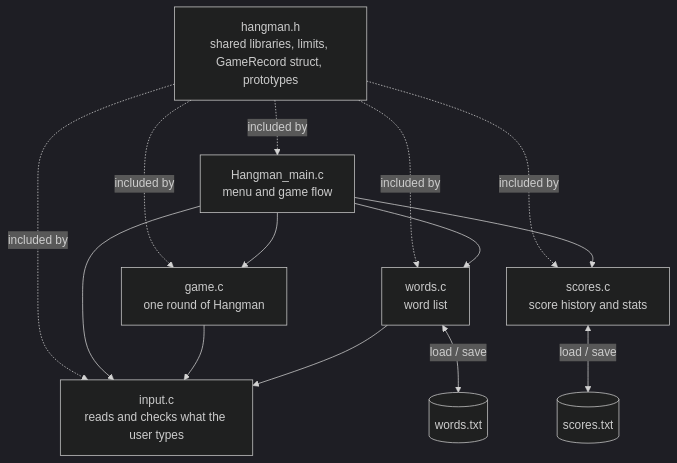
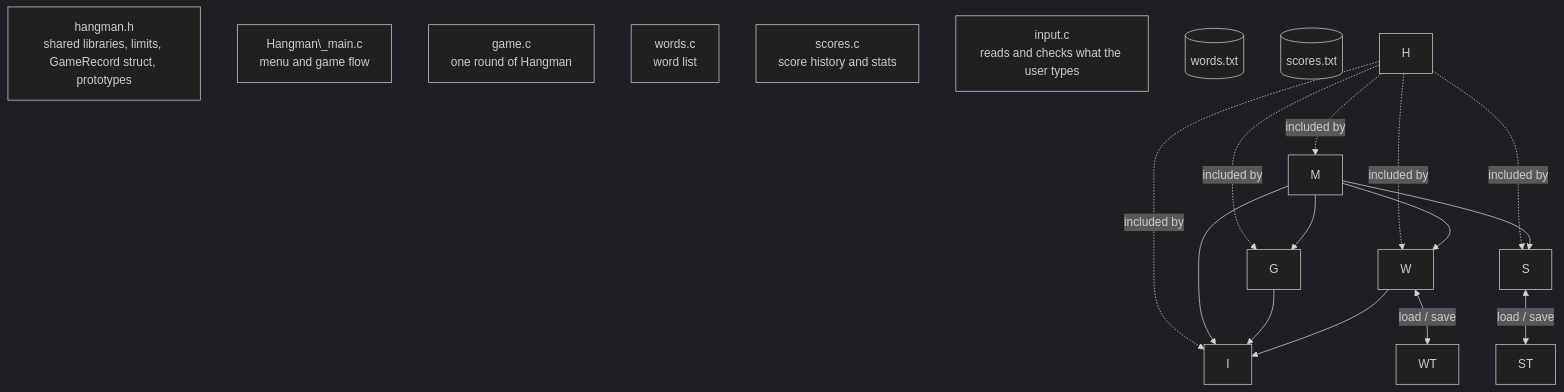
Before and after one commit to Manny507/Hangman_ECE-131L_Team-5: the diagram in README.md, drawn with Mermaid (dark theme). The commit also changed other lines of this file, not shown here.

````diff
--- a/README.md
+++ b/README.md
@@ -240,26 +238,26 @@
 ```mermaid
 flowchart TD
-    H["hangman.h<br/>shared libraries, limits, GameRecord struct, prototypes"]
-    M["Hangman_main.c<br/>menu and game flow"]
-    G["game.c<br/>one round of Hangman"]
-    W["words.c<br/>word list"]
-    S["scores.c<br/>score history and stats"]
-    I["input.c<br/>reads and checks what the user types"]
-    WT[("words.txt")]
-    ST[("scores.txt")]
+    H\["hangman.h<br/>shared libraries, limits, GameRecord struct, prototypes"]
+    M\["Hangman\_main.c<br/>menu and game flow"]
+    G\["game.c<br/>one round of Hangman"]
+    W\["words.c<br/>word list"]
+    S\["scores.c<br/>score history and stats"]
+    I\["input.c<br/>reads and checks what the user types"]
+    WT\[("words.txt")]
+    ST\[("scores.txt")]
 
     H -.->|included by| M
     H -.->|included by| G
     H -.->|included by| W
     H -.->|included by| S
     H -.->|included by| I
 
     M --> G
     M --> W
     M --> S
     M --> I
     G --> I
     W --> I
     W <-->|load / save| WT
     S <-->|load / save| ST
 ```
````
